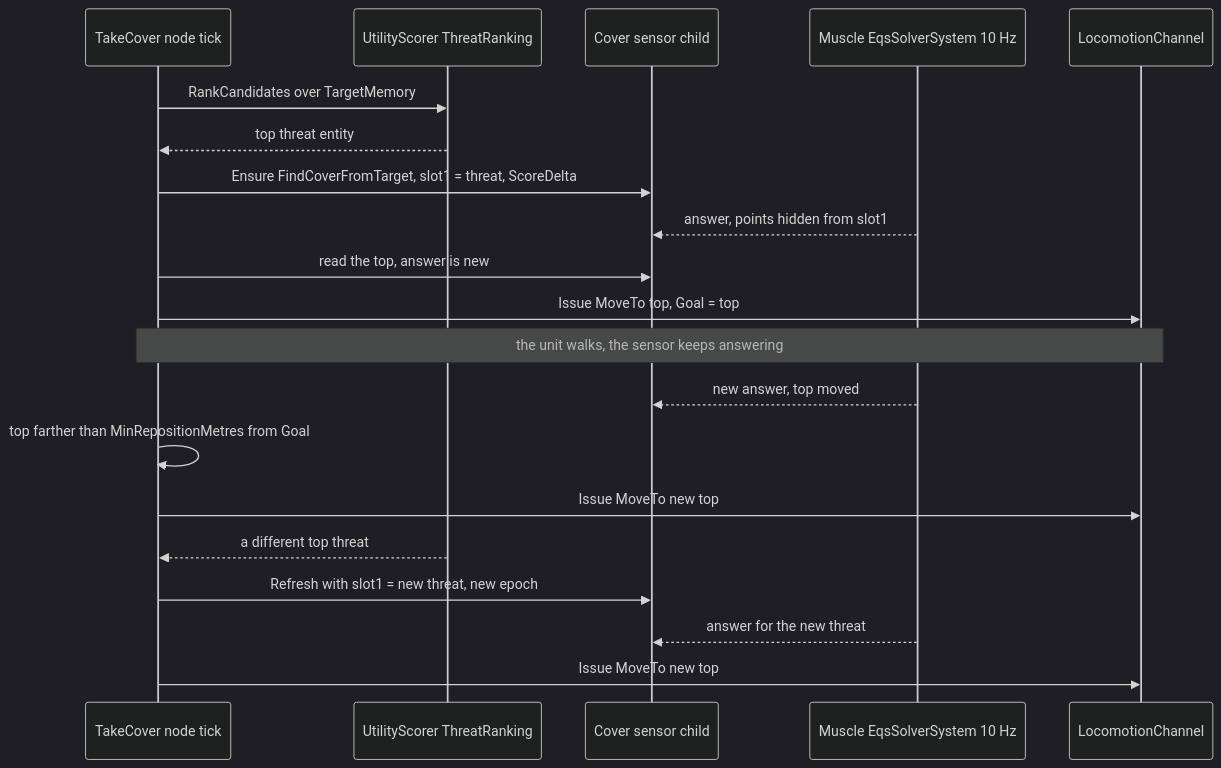
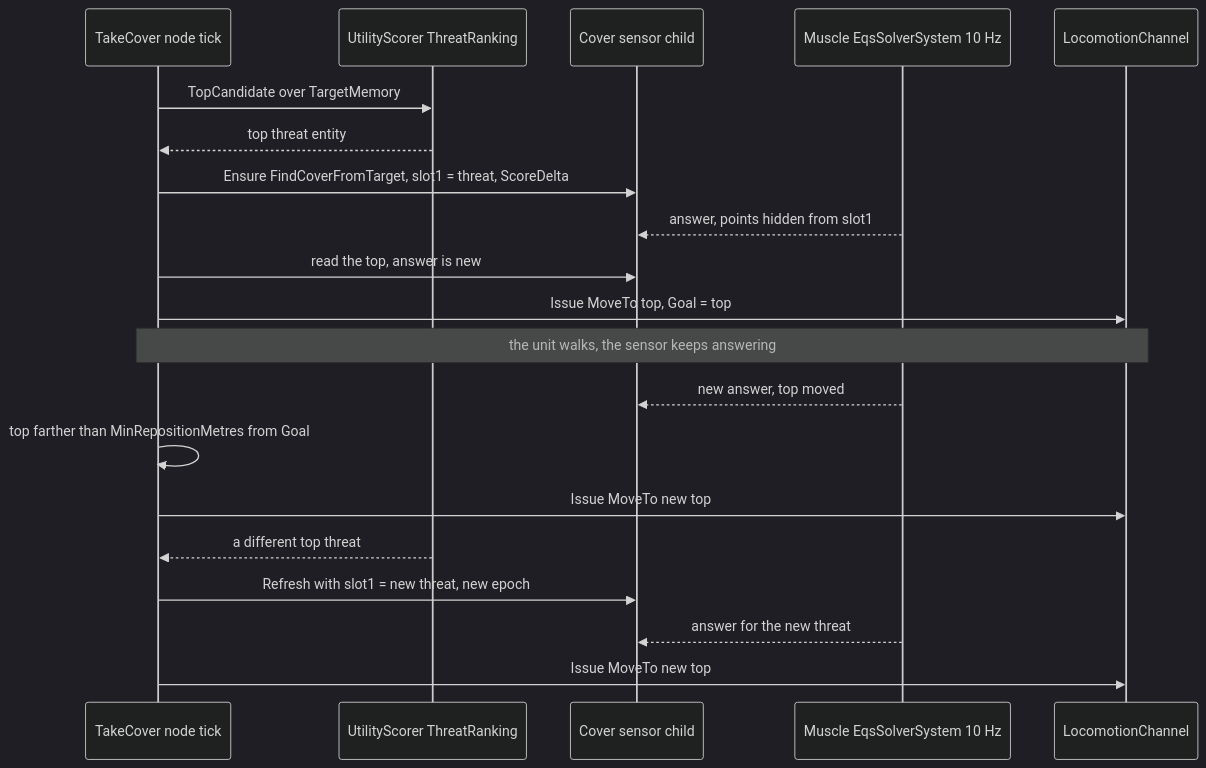
One commit to pjanec/HROT changed the second of 7 diagrams in docs/DESIGN_Eqs_Consuming_Behaviours.md. Above: the diagram before and after it, drawn with Mermaid (dark theme). The commit also changed other lines of this file and 18 other files, not shown here.

````diff
--- a/docs/DESIGN_Eqs_Consuming_Behaviours.md
+++ b/docs/DESIGN_Eqs_Consuming_Behaviours.md
@@ -131,22 +128,22 @@
 ```mermaid
 sequenceDiagram
     participant T as TakeCover node tick
     participant U as UtilityScorer ThreatRanking
     participant S as Cover sensor child
     participant M as Muscle EqsSolverSystem 10 Hz
     participant L as LocomotionChannel
-    T->>U: RankCandidates over TargetMemory
+    T->>U: TopCandidate over TargetMemory
     U-->>T: top threat entity
     T->>S: Ensure FindCoverFromTarget, slot1 = threat, ScoreDelta
     M-->>S: answer, points hidden from slot1
     T->>S: read the top, answer is new
     T->>L: Issue MoveTo top, Goal = top
     Note over T,L: the unit walks, the sensor keeps answering
     M-->>S: new answer, top moved
     T->>T: top farther than MinRepositionMetres from Goal
     T->>L: Issue MoveTo new top
     U-->>T: a different top threat
     T->>S: Refresh with slot1 = new threat, new epoch
     M-->>S: answer for the new threat
     T->>L: Issue MoveTo new top
 ```
````
